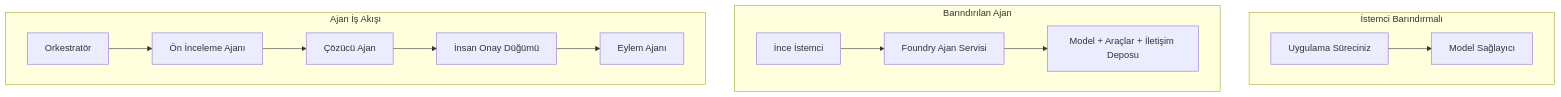
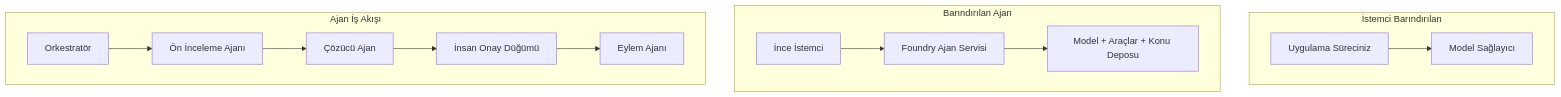
One commit to gabrielmoreira/agent-skills-mirror changed the first of 4 diagrams in mirrors/repos/microsoft@ai-agents-for-beginners/translations/tr/16-deploying-scalable-agents/README.md. Above: the diagram before and after it, drawn with Mermaid. The commit also changed other lines of this file and 3581 other files, not shown here.

````diff
--- a/mirrors/repos/microsoft@ai-agents-for-beginners/translations/tr/16-deploying-scalable-agents/README.md
+++ b/mirrors/repos/microsoft@ai-agents-for-beginners/translations/tr/16-deploying-scalable-agents/README.md
@@ -87,16 +87,16 @@
 ```mermaid
 flowchart TB
-    subgraph P1[İstemci Barındırmalı]
+    subgraph P1[İstemci Barındırılan]
         A1[Uygulama Süreciniz] --> M1[Model Sağlayıcı]
     end
     subgraph P2[Barındırılan Ajan]
         A2[İnce İstemci] --> F2[Foundry Ajan Servisi]
-        F2 --> M2[Model + Araçlar + İletişim Deposu]
+        F2 --> M2[Model + Araçlar + Konu Deposu]
     end
     subgraph P3[Ajan İş Akışı]
         A3[Orkestratör] --> S1[Ön İnceleme Ajanı]
         S1 --> S2[Çözücü Ajan]
         S2 --> H[İnsan Onay Düğümü]
         H --> S3[Eylem Ajanı]
     end
 ```
````
